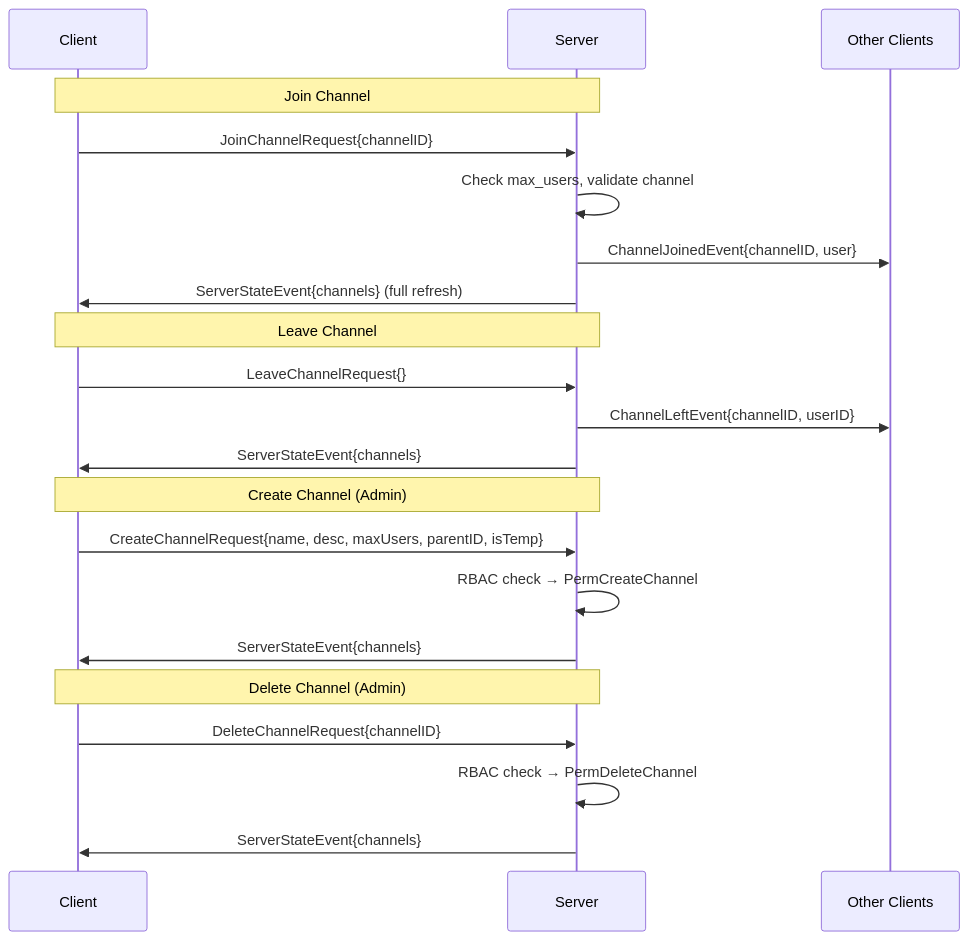
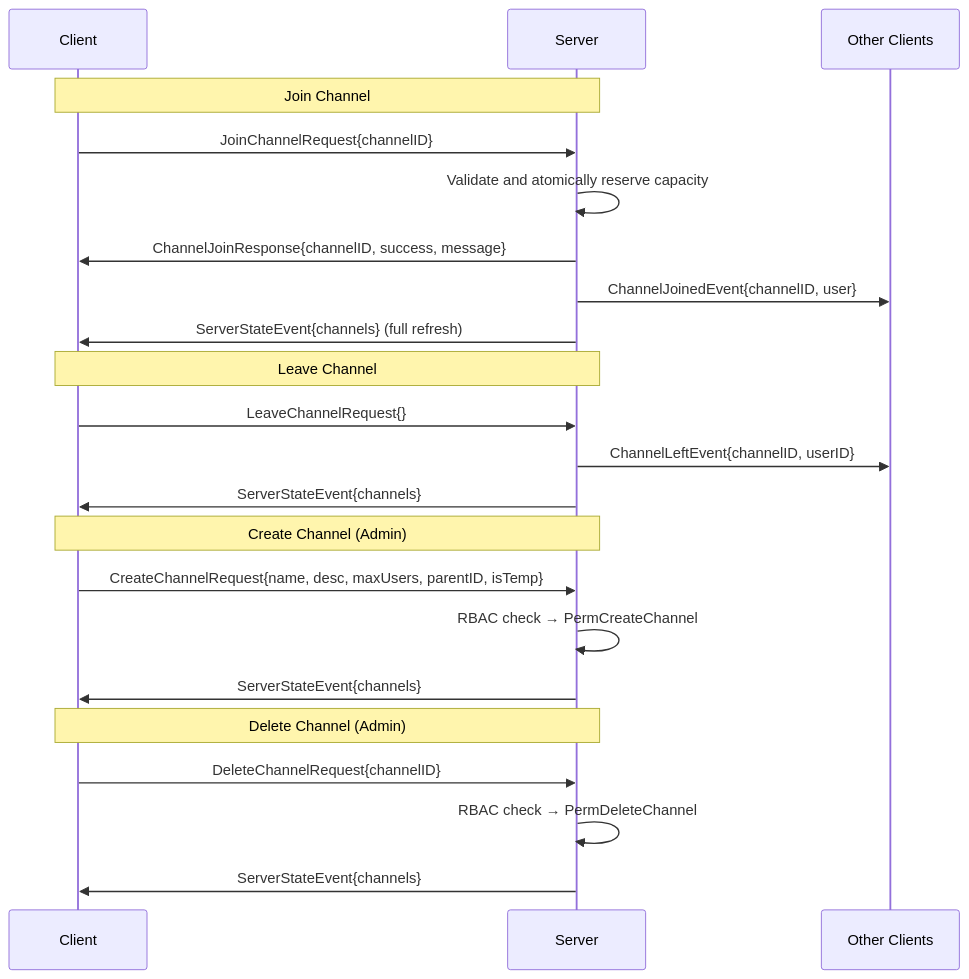
Before and after one commit to NicolasHaas/gospeak: the second of 4 diagrams in docs/protocol.md, drawn with Mermaid. The commit also changed other lines of this file and 12 other files, not shown here.

````diff
--- a/docs/protocol.md
+++ b/docs/protocol.md
@@ -81,27 +82,28 @@
 ```mermaid
 sequenceDiagram
     participant C as Client
     participant S as Server
     participant Others as Other Clients
 
     Note over C,S: Join Channel
     C->>S: JoinChannelRequest{channelID}
-    S->>S: Check max_users, validate channel
+    S->>S: Validate and atomically reserve capacity
+    S->>C: ChannelJoinResponse{channelID, success, message}
     S->>Others: ChannelJoinedEvent{channelID, user}
     S->>C: ServerStateEvent{channels} (full refresh)
 
     Note over C,S: Leave Channel
     C->>S: LeaveChannelRequest{}
     S->>Others: ChannelLeftEvent{channelID, userID}
     S->>C: ServerStateEvent{channels}
 
     Note over C,S: Create Channel (Admin)
     C->>S: CreateChannelRequest{name, desc, maxUsers, parentID, isTemp}
     S->>S: RBAC check → PermCreateChannel
     S->>C: ServerStateEvent{channels}
 
     Note over C,S: Delete Channel (Admin)
     C->>S: DeleteChannelRequest{channelID}
     S->>S: RBAC check → PermDeleteChannel
     S->>C: ServerStateEvent{channels}
 ```
````
